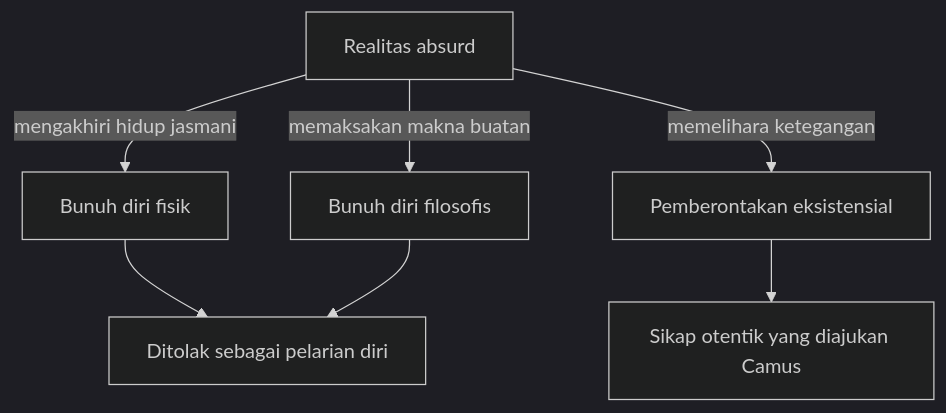
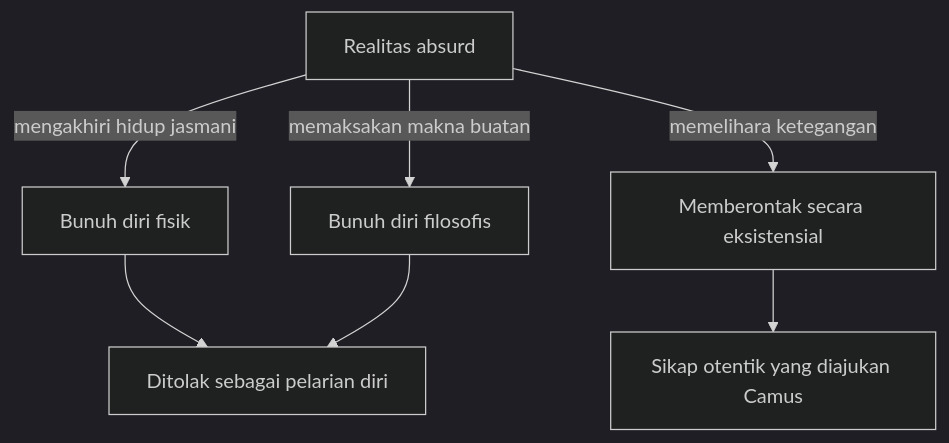
One commit to belajarcarabelajar/dawnbook changed the diagram in books/eksistensialisme-dan-kehendak-bebas/src/content/04_dunia-yang-absurd-dan-pemberontakan-manusia.md. Above: the diagram before and after it, drawn with Mermaid (dark theme). The commit also changed 20 other files, not shown here.

Commit message:
fix(books): reword eight diagram labels whose long words the 110 px wrap split mid-word

````diff
--- a/books/eksistensialisme-dan-kehendak-bebas/src/content/04_dunia-yang-absurd-dan-pemberontakan-manusia.md
+++ b/books/eksistensialisme-dan-kehendak-bebas/src/content/04_dunia-yang-absurd-dan-pemberontakan-manusia.md
@@ -52,11 +52,11 @@
 ```mermaid
 flowchart TD
     accTitle: Tiga respons terhadap absurditas menurut Camus
     accDescr: Dari realitas absurd, manusia dapat mengakhiri hidup jasmani lewat bunuh diri fisik, memaksakan makna transenden buatan lewat bunuh diri filosofis, atau memelihara ketegangan absurd lewat pemberontakan eksistensial. Dua respons pertama ditolak Camus sebagai pelarian diri, sedangkan pemberontakan adalah sikap otentik yang ia ajukan.
     A0["Realitas absurd"] -->|"mengakhiri hidup jasmani"| A1["Bunuh diri fisik"]
     A0 -->|"memaksakan makna buatan"| A2["Bunuh diri filosofis"]
-    A0 -->|"memelihara ketegangan"| A3["Pemberontakan eksistensial"]
+    A0 -->|"memelihara ketegangan"| A3["Memberontak secara eksistensial"]
     A1 --> T["Ditolak sebagai pelarian diri"]
     A2 --> T
     A3 --> S["Sikap otentik yang diajukan Camus"]
 ```
````
